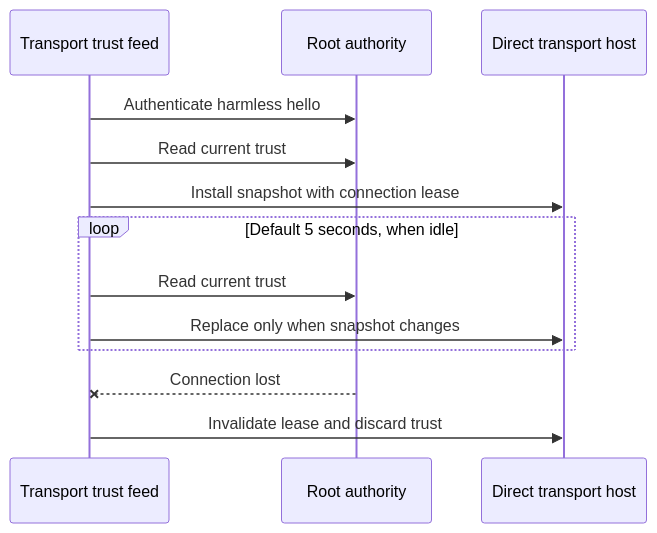
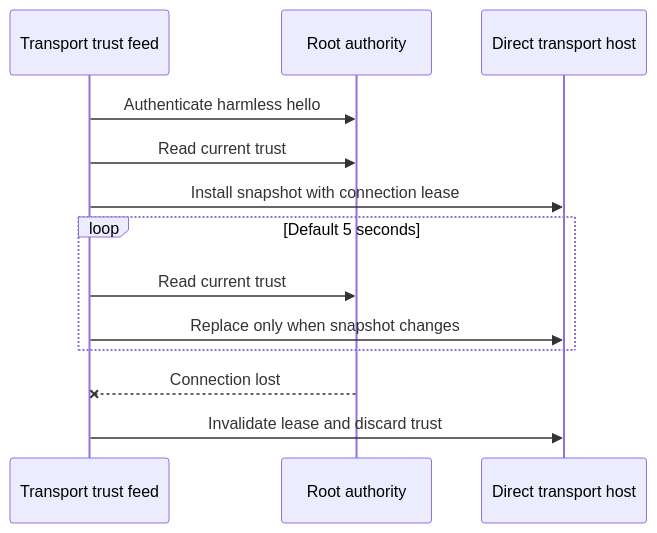
The diagram in macos/core/authority-trust-feed.md (rock3r/remozio), drawn with Mermaid before and after one commit. The commit also changed other lines of this file and 2 other files, not shown here.

Commit message:
Prevent queued validations from starving trust refreshes

````diff
--- a/macos/core/authority-trust-feed.md
+++ b/macos/core/authority-trust-feed.md
@@ -5,15 +5,15 @@
 ```mermaid
 sequenceDiagram
     participant Feed as Transport trust feed
     participant Root as Root authority
     participant Host as Direct transport host
     Feed->>Root: Authenticate harmless hello
     Feed->>Root: Read current trust
     Feed->>Host: Install snapshot with connection lease
-    loop Default 5 seconds, when idle
+    loop Default 5 seconds
         Feed->>Root: Read current trust
         Feed->>Host: Replace only when snapshot changes
     end
     Root--xFeed: Connection lost
     Feed->>Host: Invalidate lease and discard trust
 ```
````
